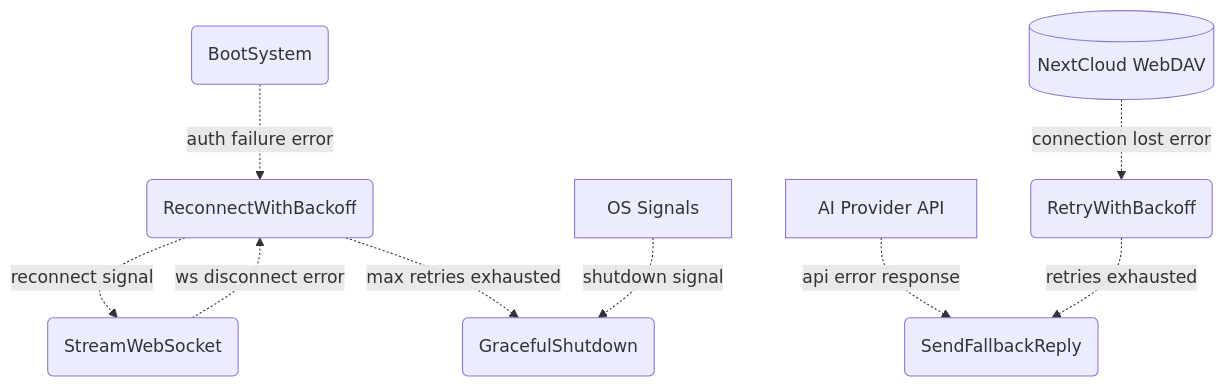
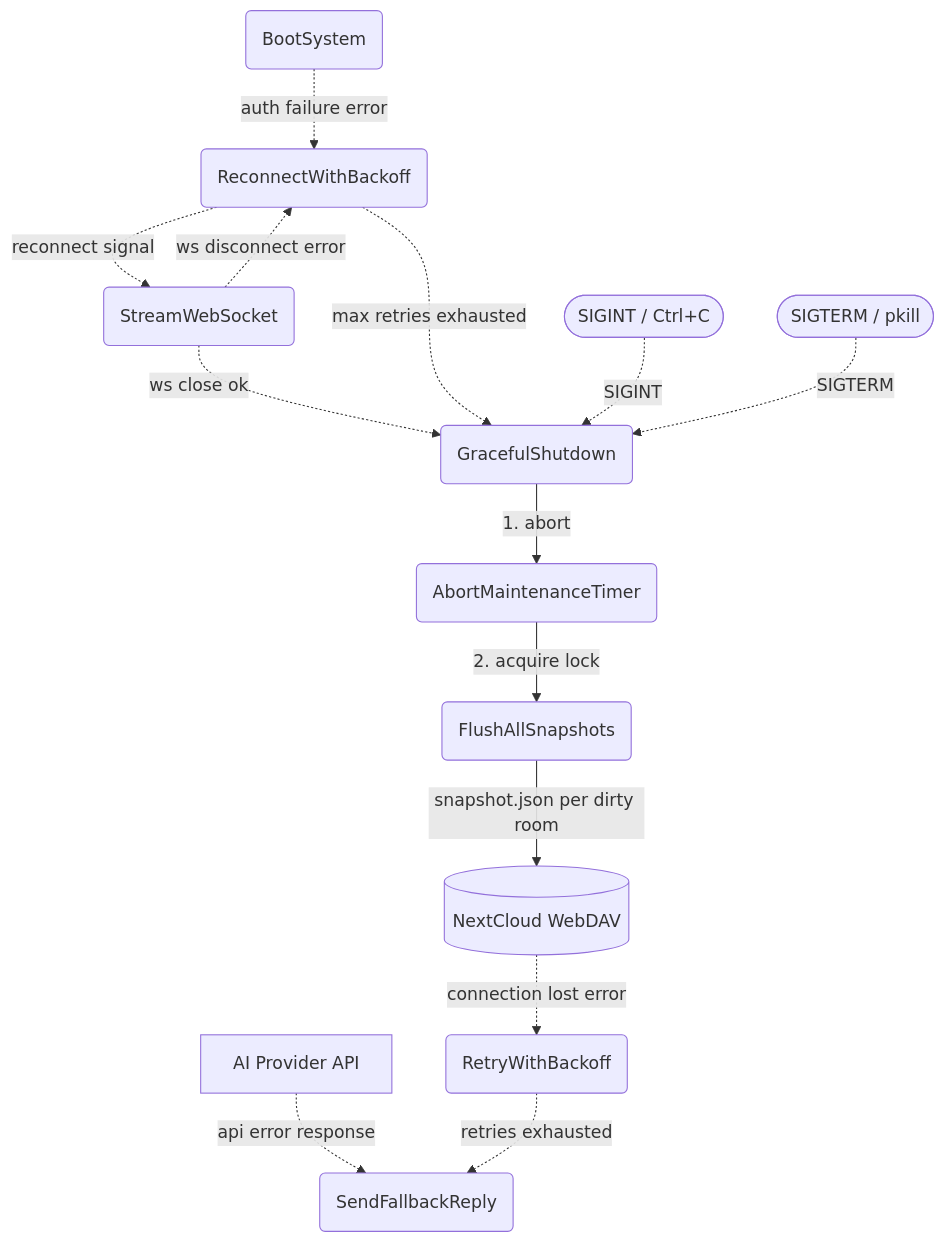
Before and after one commit to cosmoswafer/rockbot: the second of 4 diagrams in _dfds/agent-loop.md, drawn with Mermaid. The commit also changed other lines of this file and 2 other files, not shown here.

Commit message:
feat: graceful shutdown — flush memory snapshots to WebDAV on SIGINT/SIGTERM/exit
Extract snapshot persist logic from maintenance_tick() into reusable
flush_all_snapshots() method on AgentHarness. On all three exit paths
(signal, WS close, max retries) the bot now aborts the periodic timer,
locks the harness, and syncs dirty snapshots to WebDAV before exiting.

Signal handling now covers both SIGINT (Ctrl+C) and SIGTERM (pkill).

````diff
--- a/_dfds/agent-loop.md
+++ b/_dfds/agent-loop.md
@@ -75,21 +75,29 @@
 ```mermaid
 flowchart TD
     START(BootSystem)
     WS(StreamWebSocket)
     AI[AI Provider API]
     DAV[(NextCloud WebDAV)]
     RECONNECT(ReconnectWithBackoff)
     FALLBACK(SendFallbackReply)
     RETRY(RetryWithBackoff)
+    SIGINT([SIGINT / Ctrl+C])
+    SIGTERM([SIGTERM / pkill])
     SHUTDOWN(GracefulShutdown)
-    SIG[OS Signals]
+    ABORT_TIMER(AbortMaintenanceTimer)
+    FLUSH(FlushAllSnapshots)
 
     START -.->|"auth failure error"| RECONNECT
     WS -.->|"ws disconnect error"| RECONNECT
+    WS -.->|"ws close ok"| SHUTDOWN
     RECONNECT -.->|"reconnect signal"| WS
     RECONNECT -.->|"max retries exhausted"| SHUTDOWN
     AI -.->|"api error response"| FALLBACK
     DAV -.->|"connection lost error"| RETRY
     RETRY -.->|"retries exhausted"| FALLBACK
-    SIG -.->|"shutdown signal"| SHUTDOWN
+    SIGINT -.->|"SIGINT"| SHUTDOWN
+    SIGTERM -.->|"SIGTERM"| SHUTDOWN
+    SHUTDOWN -->|"1. abort"| ABORT_TIMER
+    ABORT_TIMER -->|"2. acquire lock"| FLUSH
+    FLUSH -->|"snapshot.json per dirty room"| DAV
 ```
````
